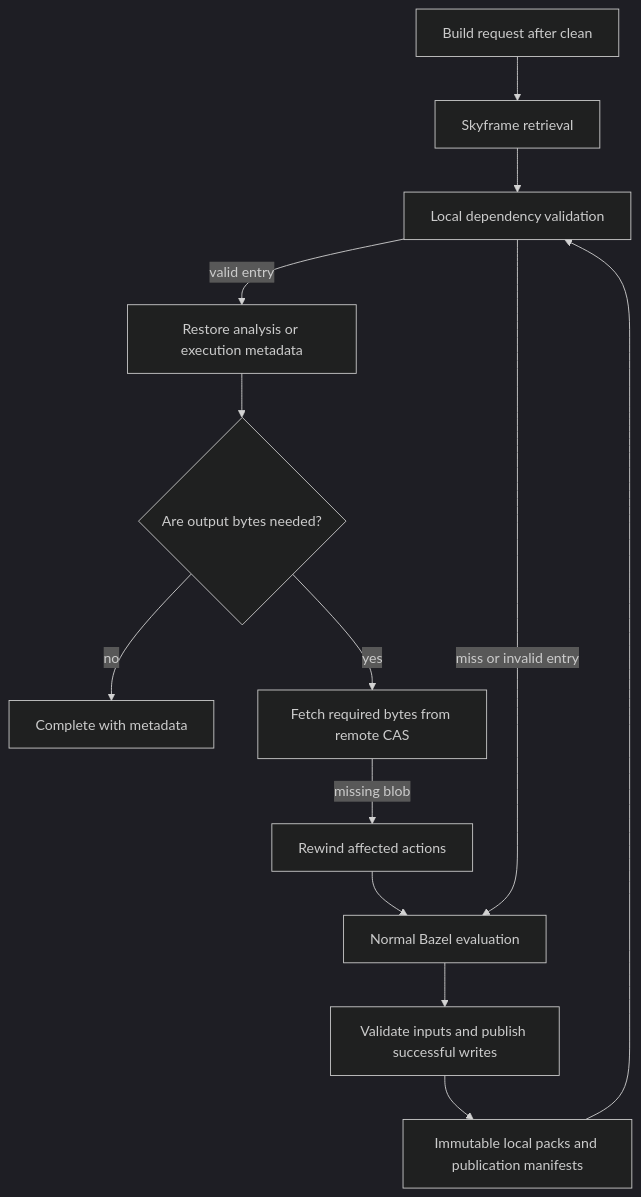
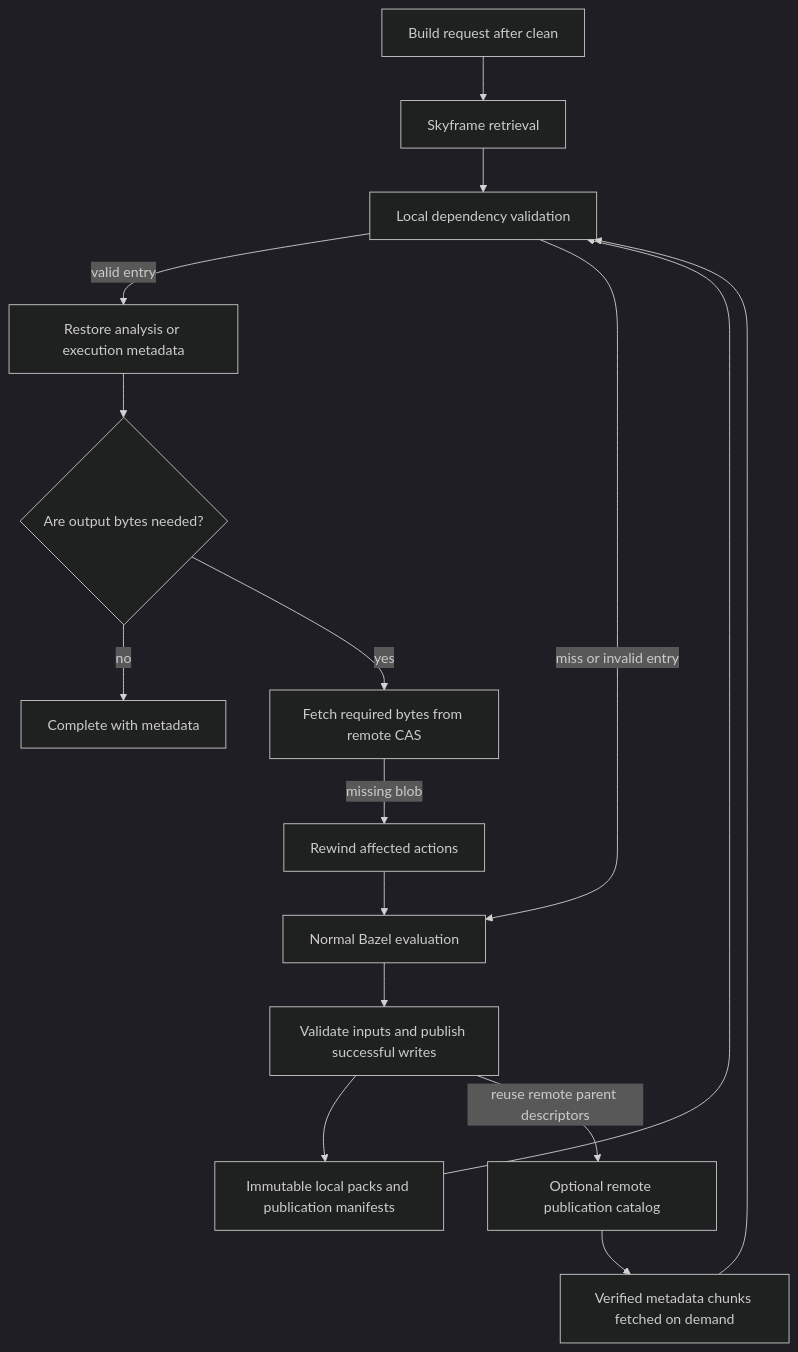
One commit to JSGette/bazel changed the diagram in docs/jsgette/skycache-architecture-2026-10-25.md. Above: the diagram before and after it, drawn with Mermaid (dark theme). The commit also changed other lines of this file and 582 other files, not shown here.

Commit message:
docs(skycache): integrate remote implementation and validate combined builds

````diff
--- a/docs/jsgette/skycache-architecture-2026-10-25.md
+++ b/docs/jsgette/skycache-architecture-2026-10-25.md
@@ -13,15 +13,18 @@
 ```mermaid
 flowchart TD
   Request["Build request after clean"] --> Lookup["Skyframe retrieval"]
   Lookup --> Validate["Local dependency validation"]
   Packs["Immutable local packs and publication manifests"] --> Validate
+  Catalog["Optional remote publication catalog"] --> Metadata["Verified metadata chunks fetched on demand"]
+  Metadata --> Validate
   Validate -->|valid entry| Restore["Restore analysis or execution metadata"]
   Validate -->|miss or invalid entry| Evaluate["Normal Bazel evaluation"]
   Restore --> Need{"Are output bytes needed?"}
   Need -->|no| Done["Complete with metadata"]
   Need -->|yes| CAS["Fetch required bytes from remote CAS"]
   CAS -->|missing blob| Rewind["Rewind affected actions"]
   Rewind --> Evaluate
   Evaluate --> Publish["Validate inputs and publish successful writes"]
   Publish --> Packs
+  Publish -->|reuse remote parent descriptors| Catalog
 ```
````
